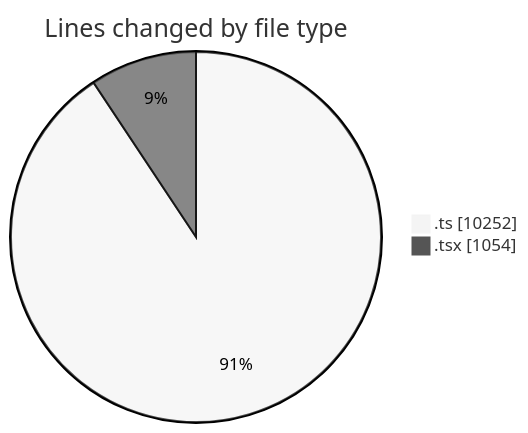
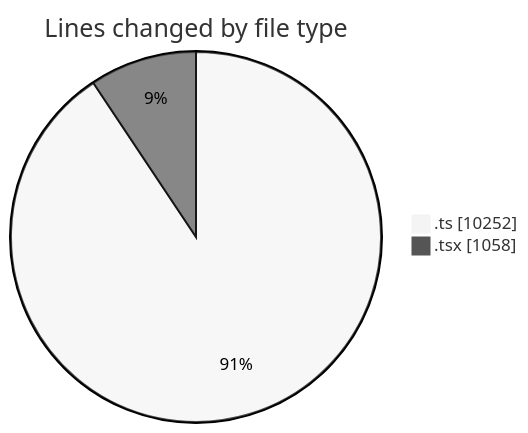
Before and after one commit to momahboobian/code-tracking: the first of 2 diagrams in 2025-06-23/cda/README.md, drawn with Mermaid (neutral theme). The commit also changed other lines of this file and 1 other file, not shown here.

````diff
--- a/2025-06-23/cda/README.md
+++ b/2025-06-23/cda/README.md
@@ -26,6 +26,6 @@
 ```mermaid
 pie showData
 title Lines changed by file type
 ".ts" : 10252
-".tsx" : 1054
+".tsx" : 1058
 ```
````
